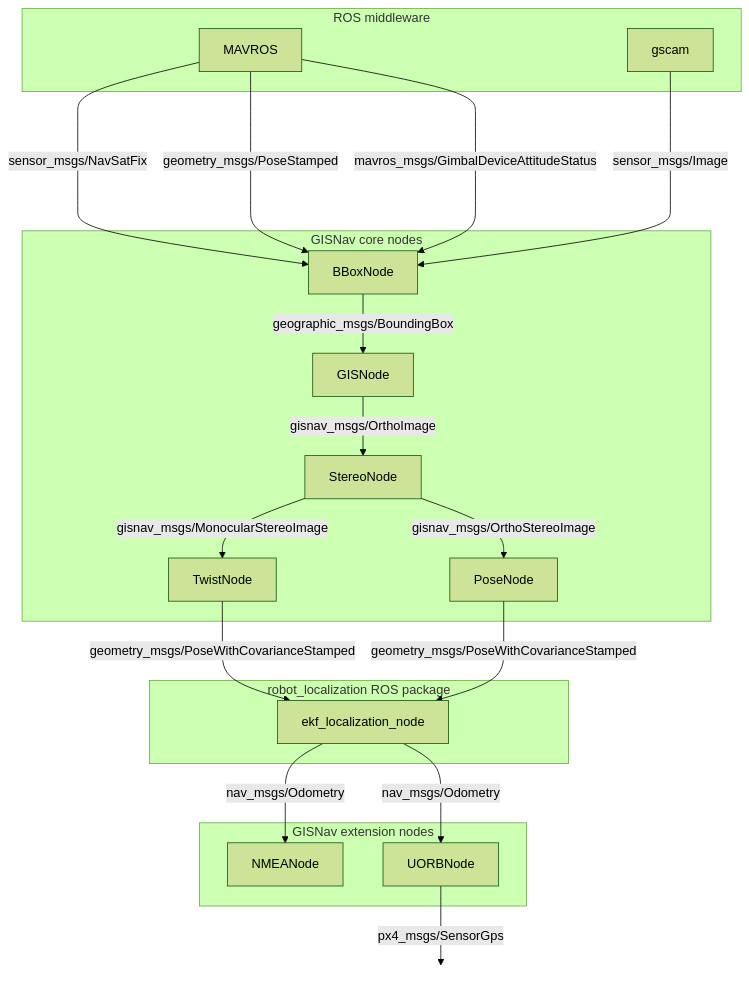
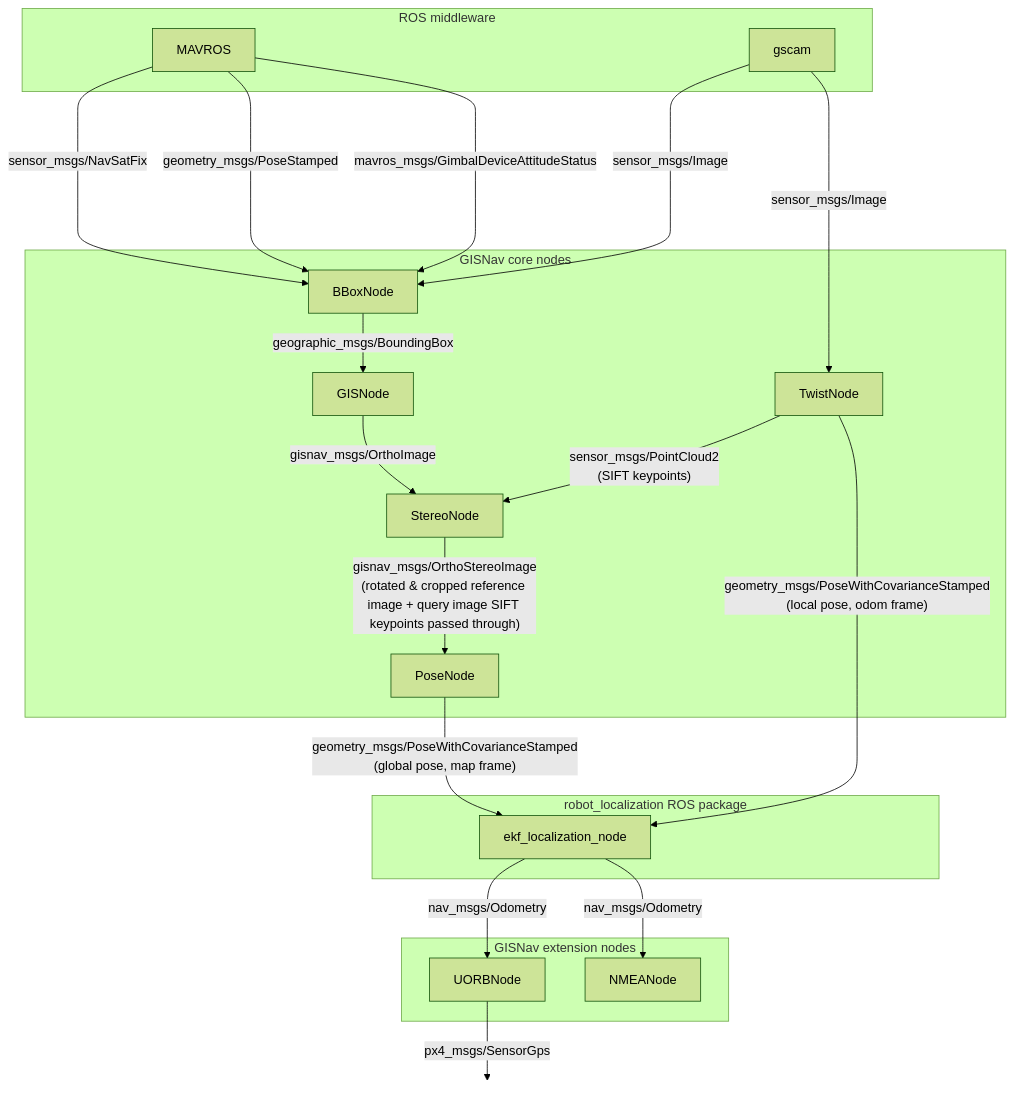
Before and after one commit to hmakelin/gisnav: the first of 3 diagrams in docs/vitepress/docs/system-architecture.md, drawn with Mermaid (forest theme). The commit also changed 7 other files, not shown here.

Commit message:
Use precomputed SIFT keypoints from TwistNode in PoseNode to improve performance

````diff
--- a/docs/vitepress/docs/system-architecture.md
+++ b/docs/vitepress/docs/system-architecture.md
@@ -19,37 +19,39 @@
 ```mermaid
 graph TB
 
     subgraph ros_middleware["ROS middleware"]
         MAVROS
         gscam
     end
 
     MAVROS -->|"sensor_msgs/NavSatFix"| BBoxNode
     MAVROS -->|"geometry_msgs/PoseStamped"| BBoxNode
     MAVROS -->|"mavros_msgs/GimbalDeviceAttitudeStatus"| BBoxNode
     gscam ---->|"sensor_msgs/Image"| BBoxNode
+    gscam ---->|"sensor_msgs/Image"| TwistNode
 
     subgraph core["GISNav core nodes"]
         BBoxNode -->|"geographic_msgs/BoundingBox"| GISNode
         GISNode -->|"gisnav_msgs/OrthoImage"| StereoNode
-        StereoNode -->|"gisnav_msgs/MonocularStereoImage"| TwistNode
-        StereoNode -->|"gisnav_msgs/OrthoStereoImage"| PoseNode
+        StereoNode -->|"gisnav_msgs/OrthoStereoImage\n(rotated & cropped reference image + query image SIFT keypoints passed through)"| PoseNode
+        TwistNode -->|"sensor_msgs/PointCloud2\n(SIFT keypoints)"| StereoNode
     end
 
     subgraph extension["GISNav extension nodes"]
         NMEANode["NMEANode"]
         UORBNode["UORBNode"]
     end
 
     subgraph robot_localization["robot_localization ROS package"]
         ekf["ekf_localization_node"] -->|"nav_msgs/Odometry"| UORBNode
         ekf["ekf_localization_node"] -->|"nav_msgs/Odometry"| NMEANode
     end
 
-    TwistNode -->|"geometry_msgs/PoseWithCovarianceStamped"| ekf
-    PoseNode -->|"geometry_msgs/PoseWithCovarianceStamped"| ekf
+    TwistNode -->|"geometry_msgs/PoseWithCovarianceStamped\n(local pose, odom frame)"| ekf
+
+    PoseNode -->|"geometry_msgs/PoseWithCovarianceStamped\n(global pose, map frame)"| ekf
     UORBNode -->|"px4_msgs/SensorGps"| micro_ros_agent[" "]
 
     style micro_ros_agent fill-opacity:0, stroke-opacity:0;
 
 ```
````
